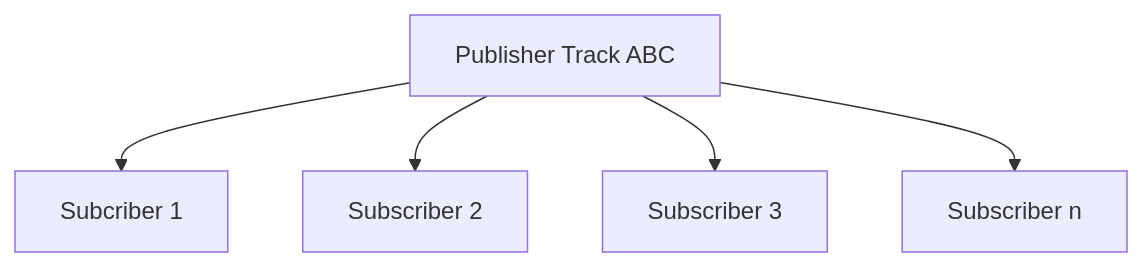
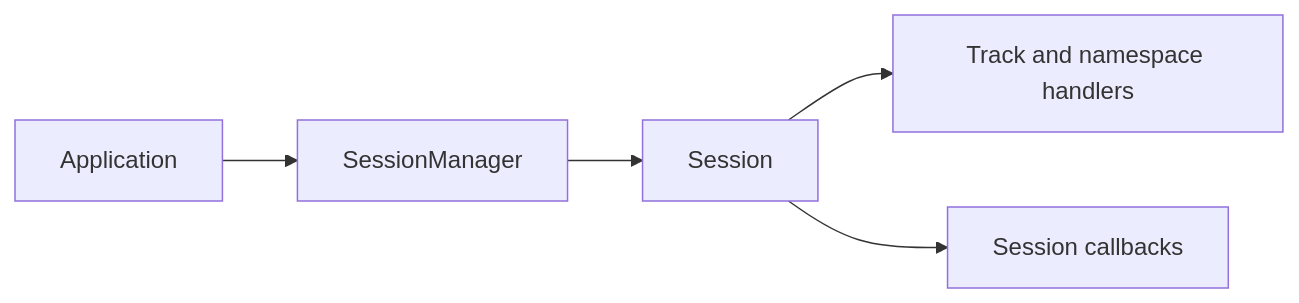
One commit to Quicr/libquicr changed the diagram in docs/api-guide.md. Above: the diagram before and after it, drawn with Mermaid. The commit also changed other lines of this file and 2 other files, not shown here.

````diff
--- a/docs/api-guide.md
+++ b/docs/api-guide.md
@@ -57,7 +14,7 @@
 ```mermaid
-flowchart TD
-    P[Publisher Track ABC] --> S1[Subcriber 1]
-    P --> S2[Subscriber 2]
-    P --> S3[Subscriber 3]
-    P --> SN[Subscriber n]
+flowchart LR
+    App[Application] --> Manager[SessionManager]
+    Manager --> Session[Session]
+    Session --> Handlers[Track and namespace handlers]
+    Session --> Callbacks[Session callbacks]
 ```
````
